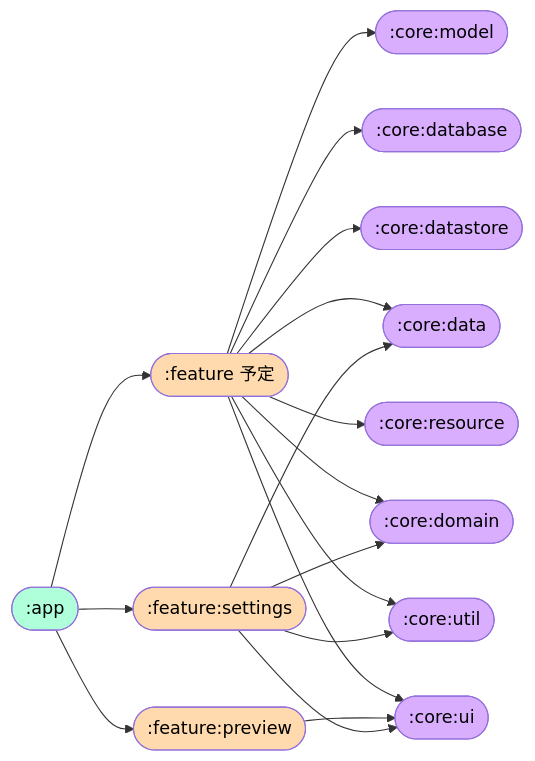
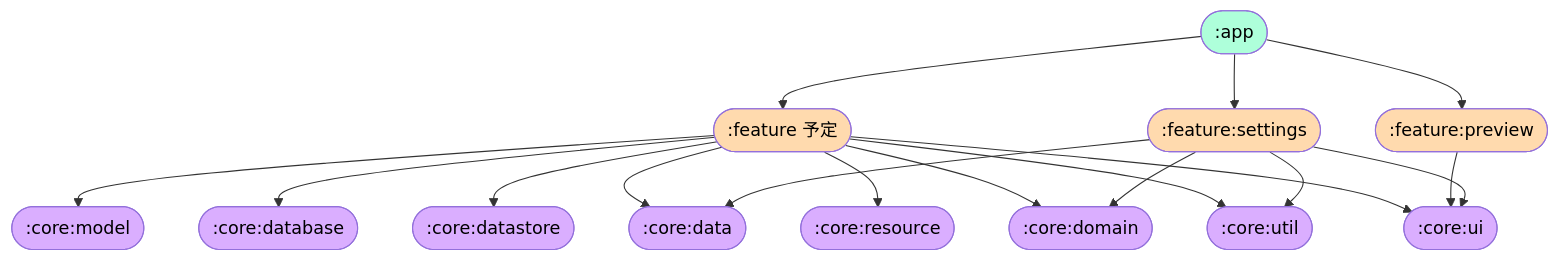
Before and after one commit to kosenda/MultiColorPicker: the diagram in README.md, drawn with Mermaid.

Commit message:
docs: LR -> TB
[skip ci]

````diff
--- a/README.md
+++ b/README.md
@@ -49,27 +49,27 @@
 ```mermaid
-flowchart LR
+flowchart TB
   classDef appModule fill:#AEFFDA,color:#000
   classDef featureModule fill:#FFDAAE,color:#000
   classDef coreModule fill:#DAAEFF,color:#000
   
   A1([:app]):::appModule --> B1([:feature 予定]):::featureModule
   
   A1 --> B2([:feature:settings]):::featureModule
   A1 --> B3([:feature:preview]):::featureModule
   
   B2 --> C2([:core:data]):::coreModule
   B2 --> C5([:core:domain]):::coreModule
   B2 --> C7([:core:ui]):::coreModule
   B2 --> C8([:core:util]):::coreModule
   B3 --> C7
   
   
   B1 --> C1([:core:model]):::coreModule 
   B1 --> C2
   B1 --> C3([:core:database]):::coreModule
   B1 --> C4([:core:datastore]):::coreModule
   B1 --> C5
   B1 --> C6([:core:resource]):::coreModule
   B1 --> C7
   B1 --> C8
 ```
````
